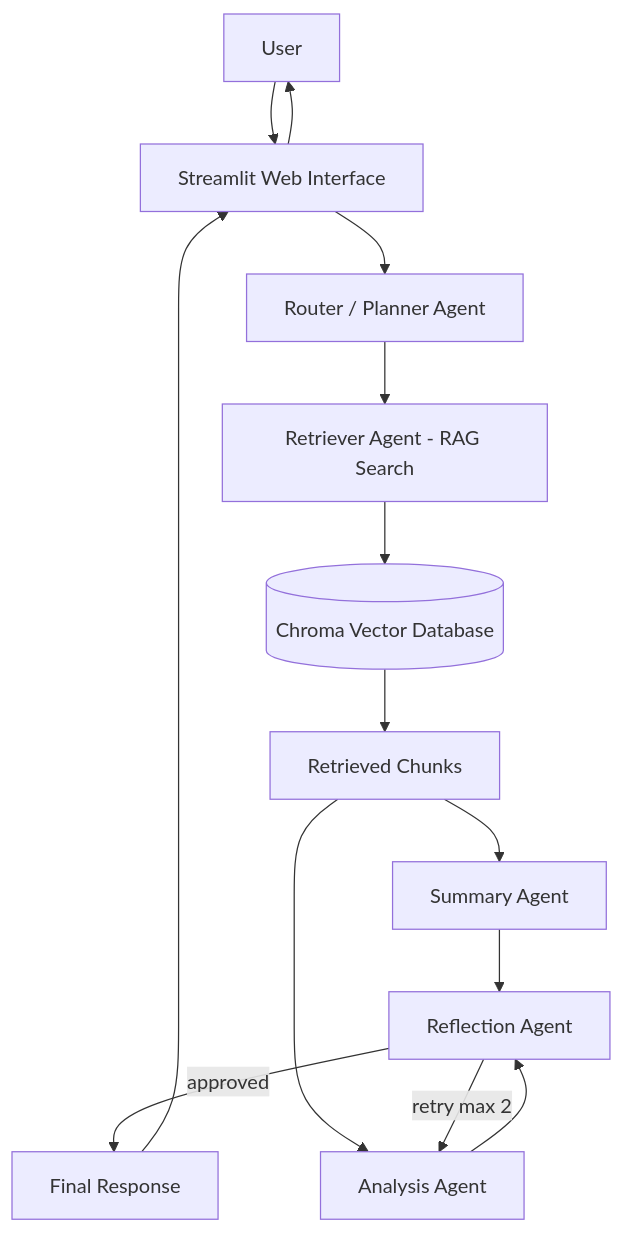
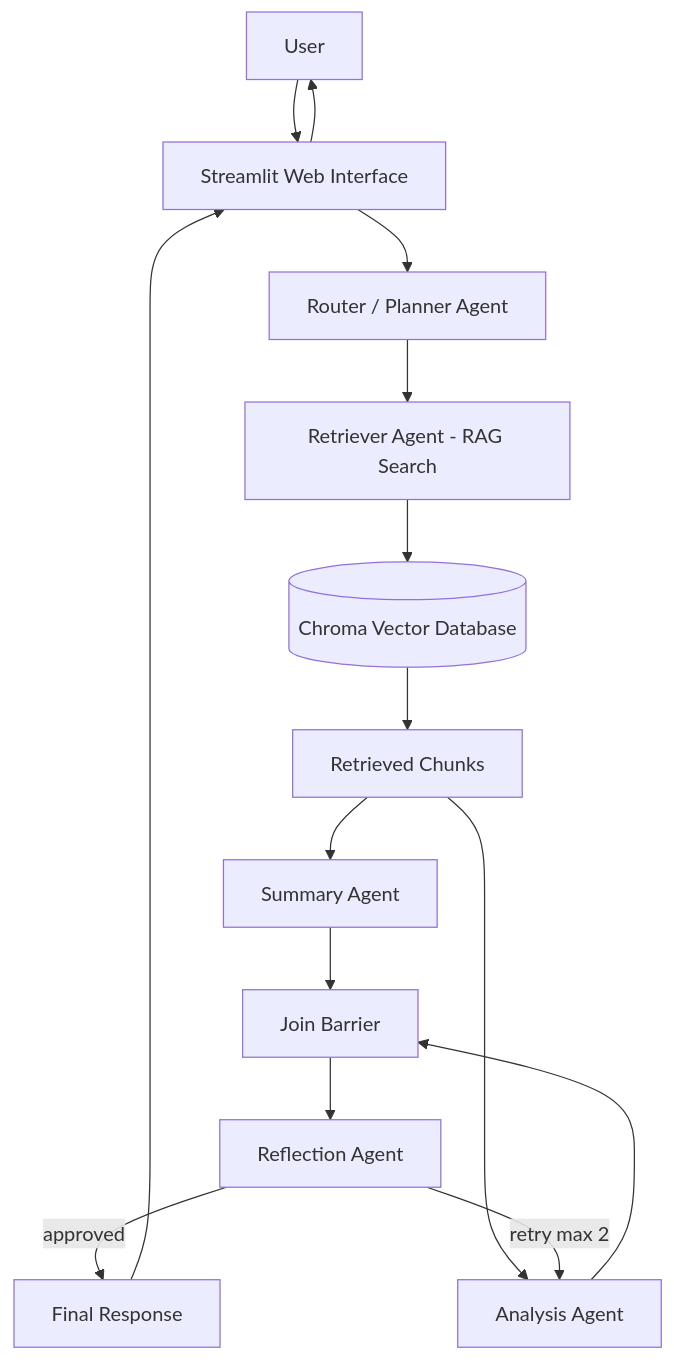
Before and after one commit to NethminaSeeman/SatorIQ: the diagram in diagrams/system_architecture.mmd, drawn with Mermaid. The commit also changed 1 other file, not shown here.

Commit message:
docs: align README and architecture diagram with parallel workflow
- Update mermaid diagrams for parallel Summary/Analysis and Join barrier
- Document search_query, reflection retry limit, and skip_reflection in state table
- Sync system_architecture.mmd with LangGraph workflow

```diff
--- a/diagrams/system_architecture.mmd
+++ b/diagrams/system_architecture.mmd
@@ -1,25 +1,27 @@
 flowchart TD
     user[User]
     streamlit[Streamlit Web Interface]
     router[Router / Planner Agent]
     retriever[Retriever Agent - RAG Search]
     chromadb[(Chroma Vector Database)]
     chunks[Retrieved Chunks]
     summary[Summary Agent]
     analysis[Analysis Agent]
+    join[Join Barrier]
     reflection[Reflection Agent]
     response[Final Response]
 
     user --> streamlit
     streamlit --> router
     router --> retriever
     retriever --> chromadb
     chromadb --> chunks
     chunks --> summary
     chunks --> analysis
-    summary --> reflection
-    analysis --> reflection
+    summary --> join
+    analysis --> join
+    join --> reflection
     reflection -->|approved| response
     reflection -->|"retry max 2"| analysis
     response --> streamlit
     streamlit --> user
```
